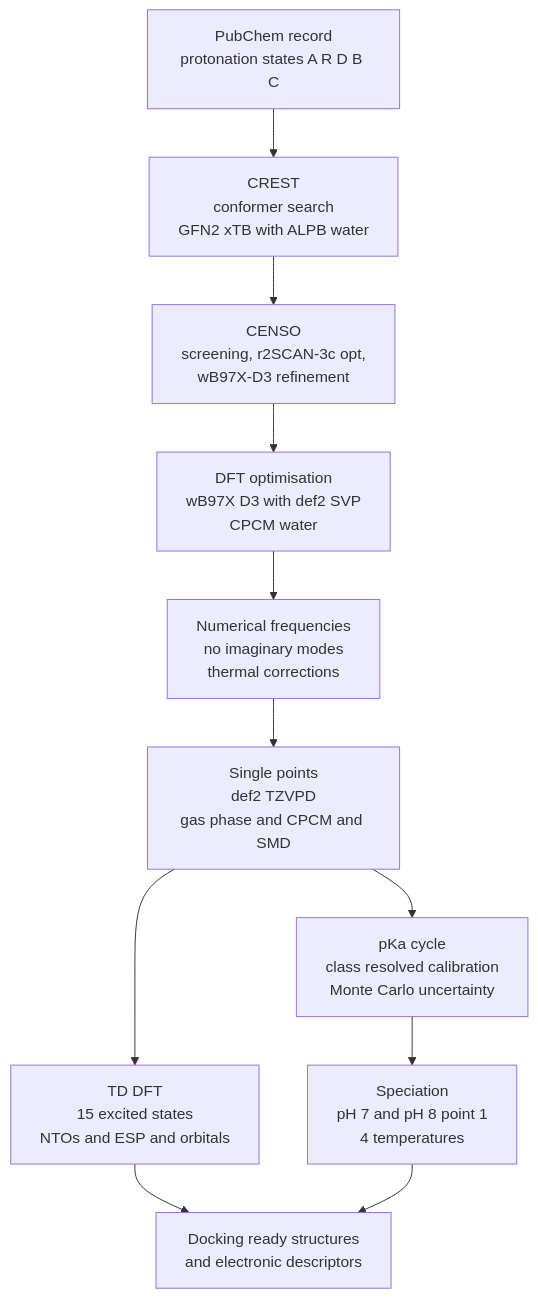
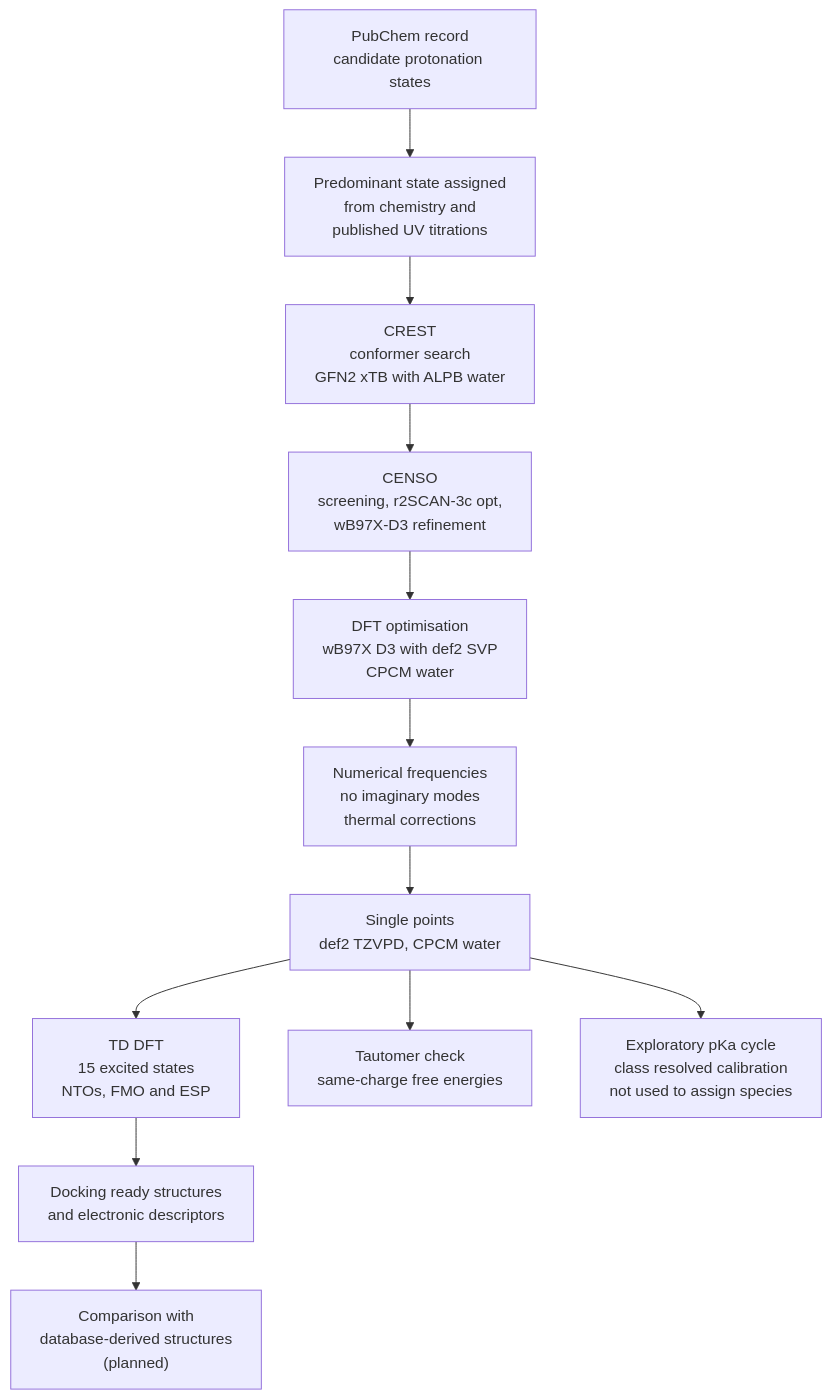
One commit to kmilozeta27/MAA-quantum-chemical-protocol changed the diagram in README.md. Above: the diagram before and after it, drawn with Mermaid. The commit also changed other lines of this file, not shown here.

````diff
--- a/README.md
+++ b/README.md
@@ -58,13 +73,14 @@
 ```mermaid
 flowchart TD
-    A["PubChem record<br/>protonation states A R D B C"] --> B["CREST<br/>conformer search<br/>GFN2 xTB with ALPB water"]
+    A["PubChem record<br/>candidate protonation states"] --> P["Predominant state assigned<br/>from chemistry and<br/>published UV titrations"]
+    P --> B["CREST<br/>conformer search<br/>GFN2 xTB with ALPB water"]
     B --> C["CENSO<br/>screening, r2SCAN-3c opt,<br/>wB97X-D3 refinement"]
     C --> D["DFT optimisation<br/>wB97X D3 with def2 SVP<br/>CPCM water"]
     D --> E["Numerical frequencies<br/>no imaginary modes<br/>thermal corrections"]
-    E --> F["Single points<br/>def2 TZVPD<br/>gas phase and CPCM and SMD"]
-    F --> G["TD DFT<br/>15 excited states<br/>NTOs and ESP and orbitals"]
-    F --> H["pKa cycle<br/>class resolved calibration<br/>Monte Carlo uncertainty"]
-    H --> I["Speciation<br/>pH 7 and pH 8 point 1<br/>4 temperatures"]
+    E --> F["Single points<br/>def2 TZVPD, CPCM water"]
+    F --> G["TD DFT<br/>15 excited states<br/>NTOs, FMO and ESP"]
+    F --> H["Tautomer check<br/>same-charge free energies"]
+    F --> K["Exploratory pKa cycle<br/>class resolved calibration<br/>not used to assign species"]
     G --> J["Docking ready structures<br/>and electronic descriptors"]
-    I --> J
+    J --> L["Comparison with<br/>database-derived structures<br/>(planned)"]
 ```
````
